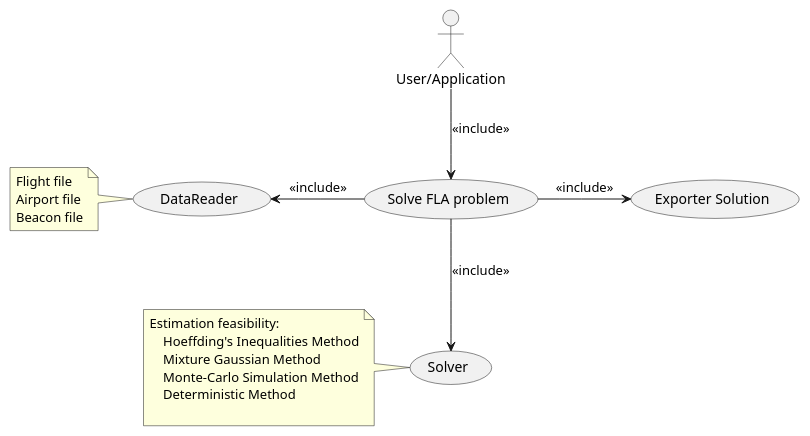
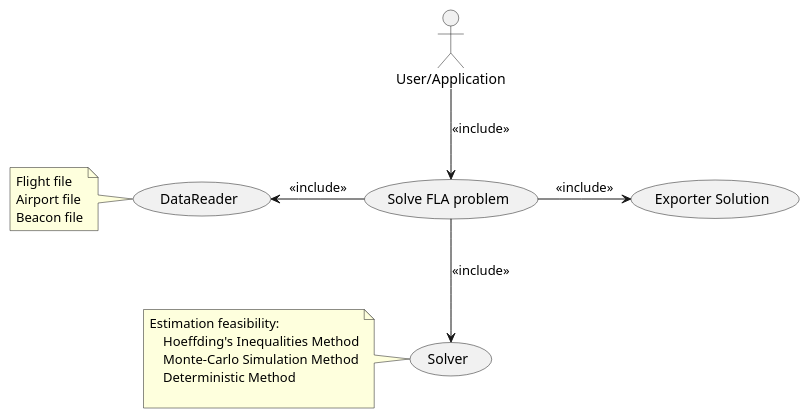
The diagram in uml/UseCaseDiagram_RobustFLA.puml (martinWANG2014/RobustFLA), drawn with PlantUML before and after one commit. The commit also changed 10 other files, not shown here.

```diff
--- a/uml/UseCaseDiagram_RobustFLA.puml
+++ b/uml/UseCaseDiagram_RobustFLA.puml
@@ -1,20 +1,19 @@
 @startuml
 :User/Application: as User
 User --> (Solve FLA problem):<<include>>
 (Solve FLA problem) -l-> (DataReader):<<include>>
 note left of (DataReader)
 Flight file
 Airport file
 Beacon file
 end note
 (Solve FLA problem) --> (Solver):<<include>>
 note left of (Solver)
 Estimation feasibility:
     Hoeffding's Inequalities Method
-    Mixture Gaussian Method
     Monte-Carlo Simulation Method
     Deterministic Method
 
 end note
 (Solve FLA problem) -r-> (Exporter Solution):<<include>>
 @enduml
```
